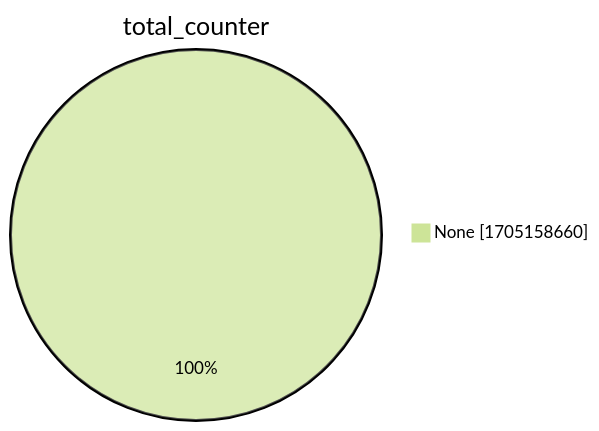
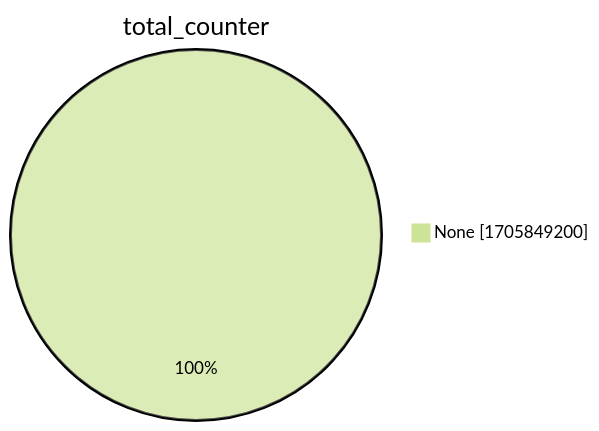
One commit to christiankrug/ctmonitor_visualization changed the second of 15 diagrams in xenon2022/README.md. Above: the diagram before and after it, drawn with Mermaid (forest theme). The commit also changed other lines of this file, not shown here.

````diff
--- a/xenon2022/README.md
+++ b/xenon2022/README.md
@@ -9,5 +9,5 @@
 ```mermaid
 pie showData
 title total_counter
-"None" :1705158660
+"None" :1705849200
 ```
````
